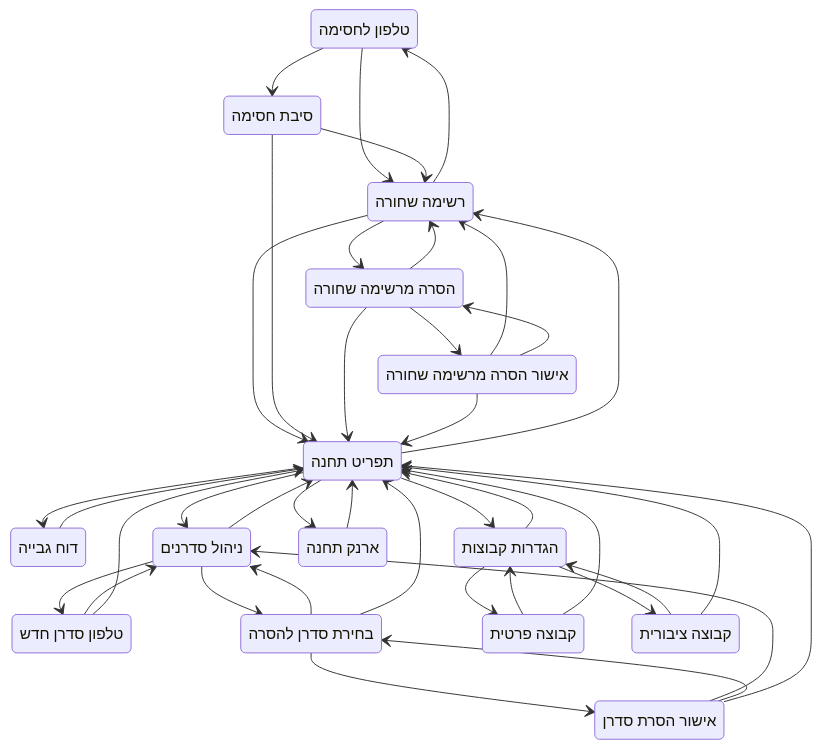
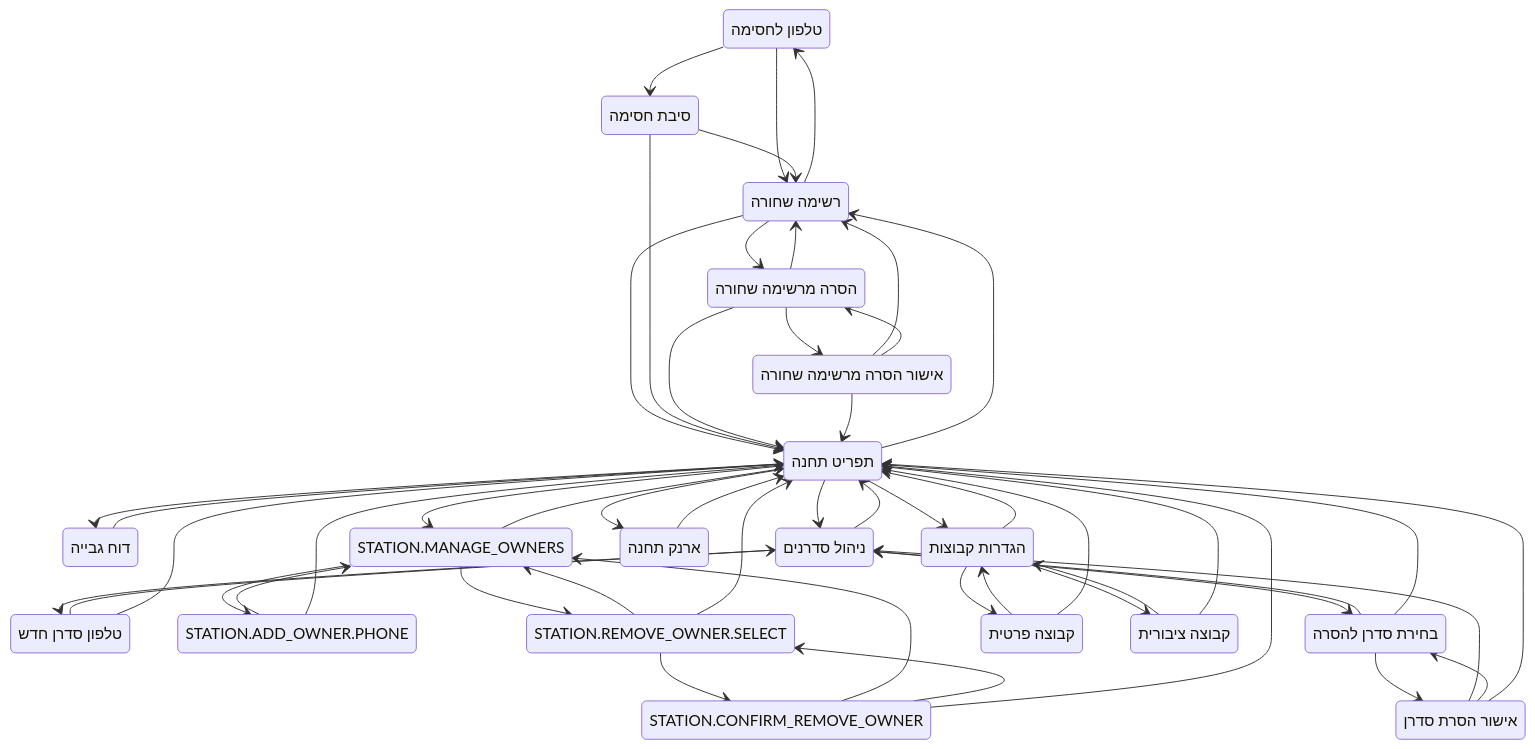
One commit to amirbiron/Shipment-bot changed the fourth of 6 diagrams in CLAUDE.md. Above: the diagram before and after it, drawn with Mermaid. The commit also changed 2 other files, not shown here.

Commit message:
תיקון: fallback ל-owner_id ב-get_owners + סנכרון דיאגרמות
- get_owners כולל עכשיו fallback ל-Station.owner_id לתחנות שלא עברו מיגרציה
  (עקבי עם get_stations_by_owner ו-is_owner_of_station)
- עדכון דיאגרמות מכונת מצבים ב-CLAUDE.md עם states חדשים של ניהול בעלים
- עדכון בדיקה לשקף את ההתנהגות הנכונה עם fallback

https://claude.ai/code/session_013pAnsDFCJgrPXPp9AGPmqm

````diff
--- a/CLAUDE.md
+++ b/CLAUDE.md
@@ -185,58 +185,74 @@
 ```mermaid
 stateDiagram-v2
     STATION_ADD_BLACKLIST_PHONE : טלפון לחסימה
     STATION_ADD_BLACKLIST_REASON : סיבת חסימה
     STATION_ADD_DISPATCHER_PHONE : טלפון סדרן חדש
+    STATION_ADD_OWNER_PHONE : STATION.ADD_OWNER.PHONE
     STATION_COLLECTION_REPORT : דוח גבייה
     STATION_CONFIRM_REMOVE_BLACKLIST : אישור הסרה מרשימה שחורה
     STATION_CONFIRM_REMOVE_DISPATCHER : אישור הסרת סדרן
+    STATION_CONFIRM_REMOVE_OWNER : STATION.CONFIRM_REMOVE_OWNER
     STATION_GROUP_SETTINGS : הגדרות קבוצות
     STATION_MANAGE_DISPATCHERS : ניהול סדרנים
+    STATION_MANAGE_OWNERS : STATION.MANAGE_OWNERS
     STATION_MENU : תפריט תחנה
     STATION_REMOVE_BLACKLIST_SELECT : הסרה מרשימה שחורה
     STATION_REMOVE_DISPATCHER_SELECT : בחירת סדרן להסרה
+    STATION_REMOVE_OWNER_SELECT : STATION.REMOVE_OWNER.SELECT
     STATION_SET_PRIVATE_GROUP : קבוצה פרטית
     STATION_SET_PUBLIC_GROUP : קבוצה ציבורית
     STATION_VIEW_BLACKLIST : רשימה שחורה
     STATION_VIEW_WALLET : ארנק תחנה
 
 
+    STATION_MENU --> STATION_MANAGE_OWNERS
     STATION_MENU --> STATION_MANAGE_DISPATCHERS
     STATION_MENU --> STATION_VIEW_WALLET
     STATION_MENU --> STATION_COLLECTION_REPORT
     STATION_MENU --> STATION_VIEW_BLACKLIST
     STATION_MENU --> STATION_GROUP_SETTINGS
+    STATION_MANAGE_OWNERS --> STATION_ADD_OWNER_PHONE
+    STATION_MANAGE_OWNERS --> STATION_REMOVE_OWNER_SELECT
+    STATION_MANAGE_OWNERS --> STATION_MENU
+    STATION_ADD_OWNER_PHONE --> STATION_MANAGE_OWNERS
+    STATION_ADD_OWNER_PHONE --> STATION_MENU
+    STATION_REMOVE_OWNER_SELECT --> STATION_CONFIRM_REMOVE_OWNER
+    STATION_REMOVE_OWNER_SELECT --> STATION_MANAGE_OWNERS
+    STATION_REMOVE_OWNER_SELECT --> STATION_MENU
+    STATION_CONFIRM_REMOVE_OWNER --> STATION_MANAGE_OWNERS
+    STATION_CONFIRM_REMOVE_OWNER --> STATION_REMOVE_OWNER_SELECT
+    STATION_CONFIRM_REMOVE_OWNER --> STATION_MENU
     STATION_MANAGE_DISPATCHERS --> STATION_ADD_DISPATCHER_PHONE
     STATION_MANAGE_DISPATCHERS --> STATION_REMOVE_DISPATCHER_SELECT
     STATION_MANAGE_DISPATCHERS --> STATION_MENU
     STATION_ADD_DISPATCHER_PHONE --> STATION_MANAGE_DISPATCHERS
     STATION_ADD_DISPATCHER_PHONE --> STATION_MENU
     STATION_REMOVE_DISPATCHER_SELECT --> STATION_CONFIRM_REMOVE_DISPATCHER
     STATION_REMOVE_DISPATCHER_SELECT --> STATION_MANAGE_DISPATCHERS
     STATION_REMOVE_DISPATCHER_SELECT --> STATION_MENU
     STATION_CONFIRM_REMOVE_DISPATCHER --> STATION_MANAGE_DISPATCHERS
     STATION_CONFIRM_REMOVE_DISPATCHER --> STATION_REMOVE_DISPATCHER_SELECT
     STATION_CONFIRM_REMOVE_DISPATCHER --> STATION_MENU
     STATION_VIEW_WALLET --> STATION_MENU
     STATION_COLLECTION_REPORT --> STATION_MENU
     STATION_VIEW_BLACKLIST --> STATION_ADD_BLACKLIST_PHONE
     STATION_VIEW_BLACKLIST --> STATION_REMOVE_BLACKLIST_SELECT
     STATION_VIEW_BLACKLIST --> STATION_MENU
     STATION_ADD_BLACKLIST_PHONE --> STATION_ADD_BLACKLIST_REASON
     STATION_ADD_BLACKLIST_PHONE --> STATION_VIEW_BLACKLIST
     STATION_ADD_BLACKLIST_REASON --> STATION_VIEW_BLACKLIST
     STATION_ADD_BLACKLIST_REASON --> STATION_MENU
     STATION_REMOVE_BLACKLIST_SELECT --> STATION_CONFIRM_REMOVE_BLACKLIST
     STATION_REMOVE_BLACKLIST_SELECT --> STATION_VIEW_BLACKLIST
     STATION_REMOVE_BLACKLIST_SELECT --> STATION_MENU
     STATION_CONFIRM_REMOVE_BLACKLIST --> STATION_VIEW_BLACKLIST
     STATION_CONFIRM_REMOVE_BLACKLIST --> STATION_REMOVE_BLACKLIST_SELECT
     STATION_CONFIRM_REMOVE_BLACKLIST --> STATION_MENU
     STATION_GROUP_SETTINGS --> STATION_SET_PUBLIC_GROUP
     STATION_GROUP_SETTINGS --> STATION_SET_PRIVATE_GROUP
     STATION_GROUP_SETTINGS --> STATION_MENU
     STATION_SET_PUBLIC_GROUP --> STATION_GROUP_SETTINGS
     STATION_SET_PUBLIC_GROUP --> STATION_MENU
     STATION_SET_PRIVATE_GROUP --> STATION_GROUP_SETTINGS
     STATION_SET_PRIVATE_GROUP --> STATION_MENU
 ```
````
